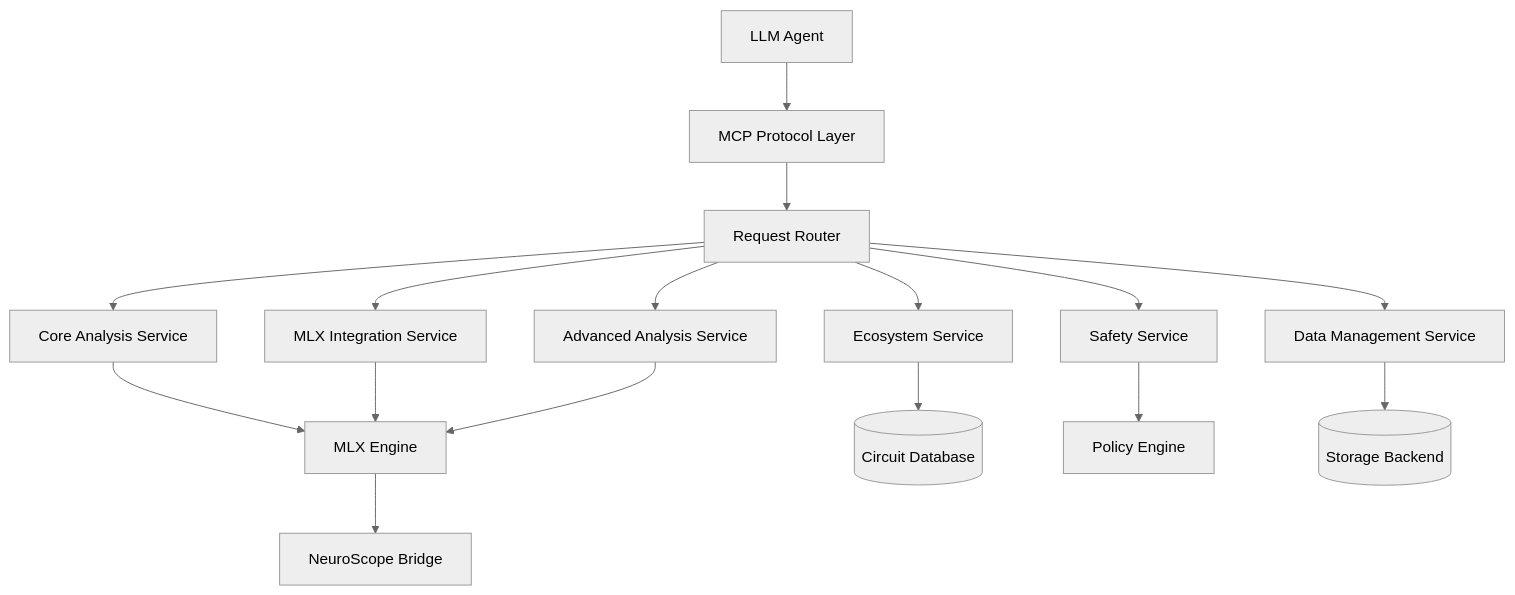
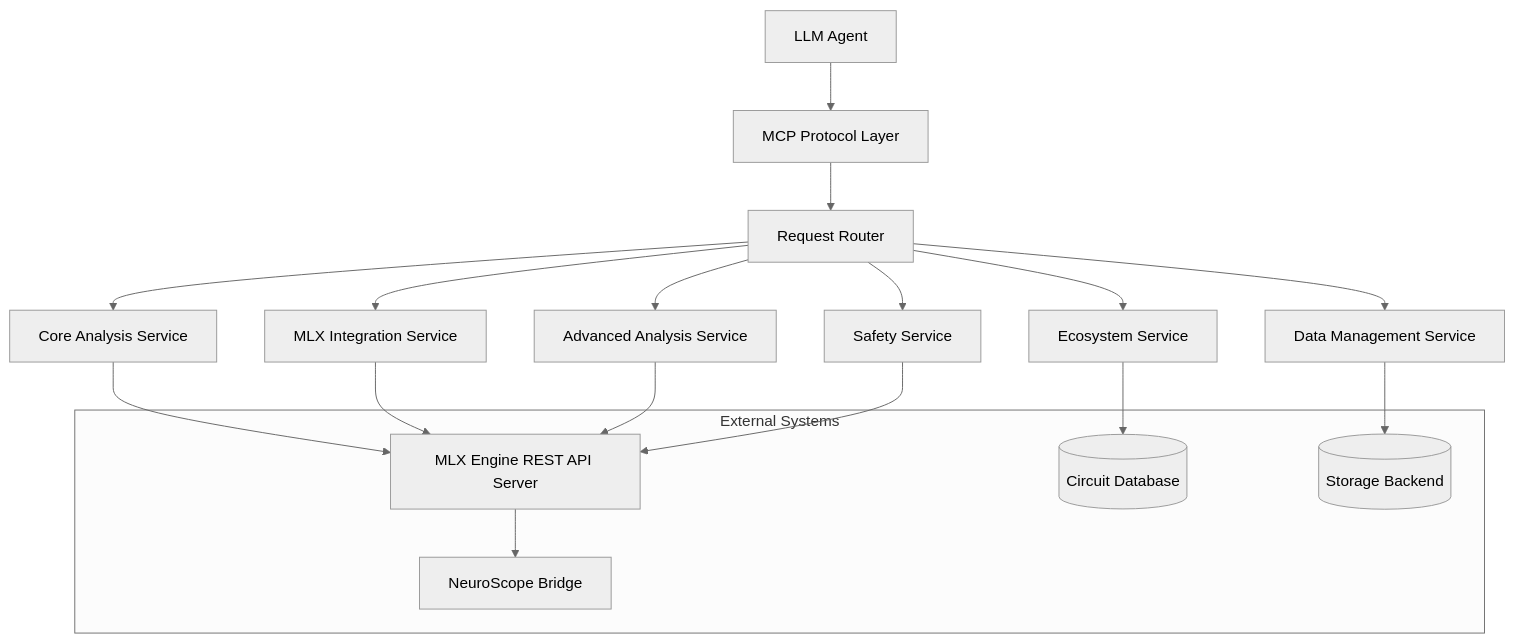
The first of 2 diagrams in .kiro/specs/mechanistic-interpretability-mcp-server/design.md (ccrraaiigg/mlx-engine-neuroscope), drawn with Mermaid (neutral theme) before and after one commit. The commit also changed other lines of this file and 12 other files, not shown here.

````diff
--- a/.kiro/specs/mechanistic-interpretability-mcp-server/design.md
+++ b/.kiro/specs/mechanistic-interpretability-mcp-server/design.md
@@ -13,20 +115,27 @@
 ```mermaid
 graph TB
     Agent[LLM Agent] --> MCP[MCP Protocol Layer]
     MCP --> Router[Request Router]
     Router --> Core[Core Analysis Service]
     Router --> MLX[MLX Integration Service]
     Router --> Advanced[Advanced Analysis Service]
     Router --> Ecosystem[Ecosystem Service]
     Router --> Safety[Safety Service]
     Router --> Data[Data Management Service]
     
-    Core --> MLXEngine[MLX Engine]
-    MLX --> MLXEngine
-    Advanced --> MLXEngine
-    Ecosystem --> CircuitDB[(Circuit Database)]
-    Safety --> PolicyEngine[Policy Engine]
-    Data --> Storage[(Storage Backend)]
+    subgraph "External Systems"
+        MLXAPI[MLX Engine REST API Server]
+        NeuroScope[NeuroScope Bridge]
+        CircuitDB[(Circuit Database)]
+        Storage[(Storage Backend)]
+    end
     
-    MLXEngine --> NeuroScope[NeuroScope Bridge]
+    Core --> MLXAPI
+    MLX --> MLXAPI
+    Advanced --> MLXAPI
+    Ecosystem --> CircuitDB
+    Safety --> MLXAPI
+    Data --> Storage
+    
+    MLXAPI --> NeuroScope
 ```
````
